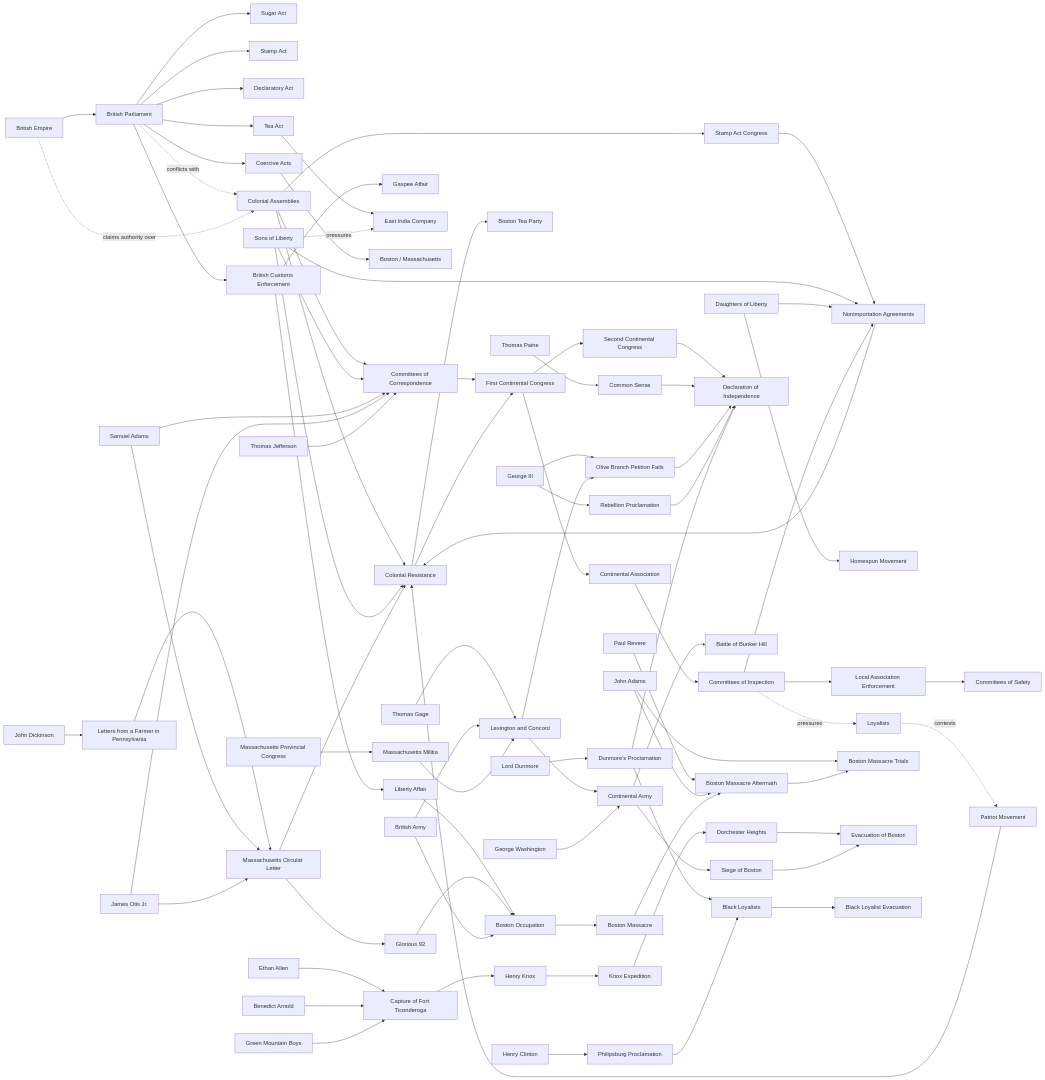
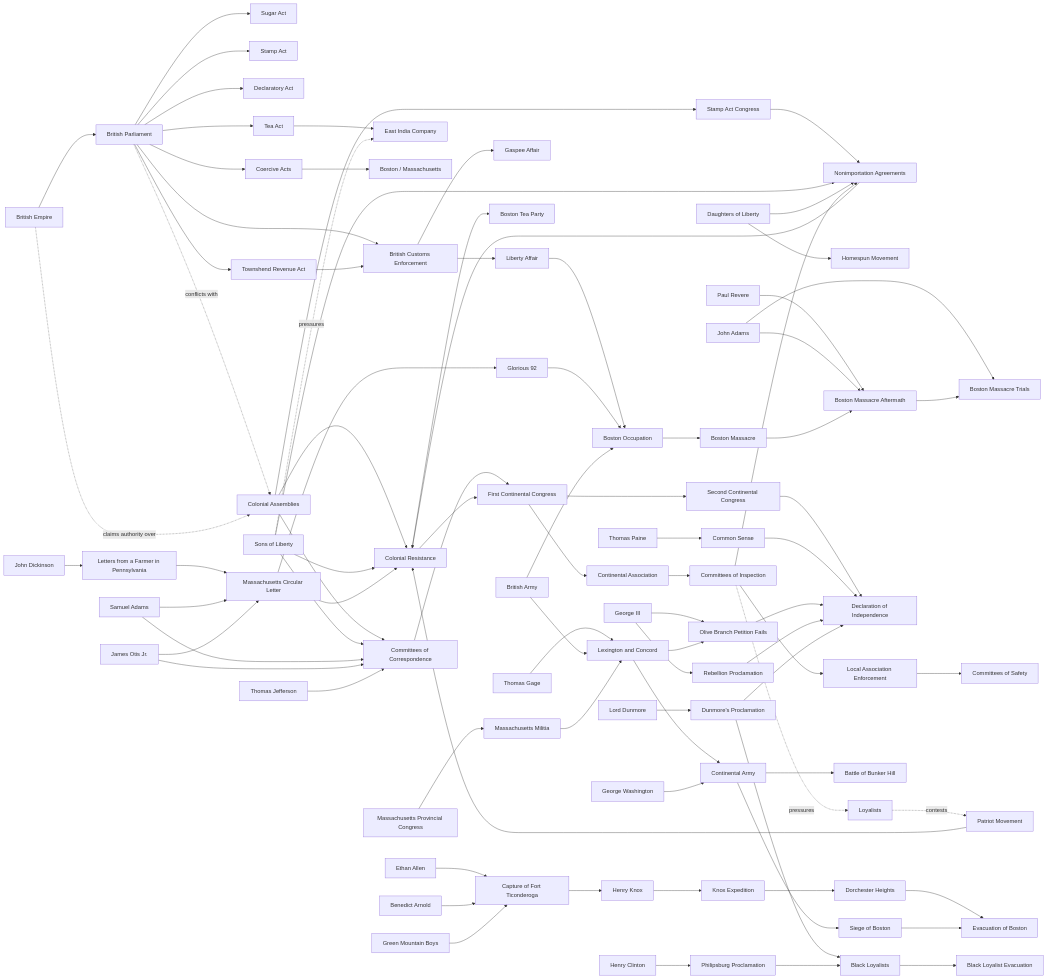
Before and after one commit to mattblethen/Causal-Atlas: the diagram in 09_Maps_Models/Actor_Maps/American Revolution Actor Map.md, drawn with Mermaid. The commit also changed other lines of this file and 25 other files, not shown here.

Commit message:
Add Townshend Revenue Act source packet

```diff
--- a/09_Maps_Models/Actor_Maps/American Revolution Actor Map.md
+++ b/09_Maps_Models/Actor_Maps/American Revolution Actor Map.md
@@ -35,9 +36,11 @@
     BP --> SUG["Sugar Act"]
     BP --> SA["Stamp Act"]
     BP --> DA["Declaratory Act"]
+    BP --> TRA["Townshend Revenue Act"]
     BP --> TA["Tea Act"]
     BP --> COA["Coercive Acts"]
     BP --> BCE["British Customs Enforcement"]
+    TRA --> BCE
     BCE --> LIB["Liberty Affair"]
     LIB --> OCC["Boston Occupation"]
     BCE --> GAS["Gaspee Affair"]
```
